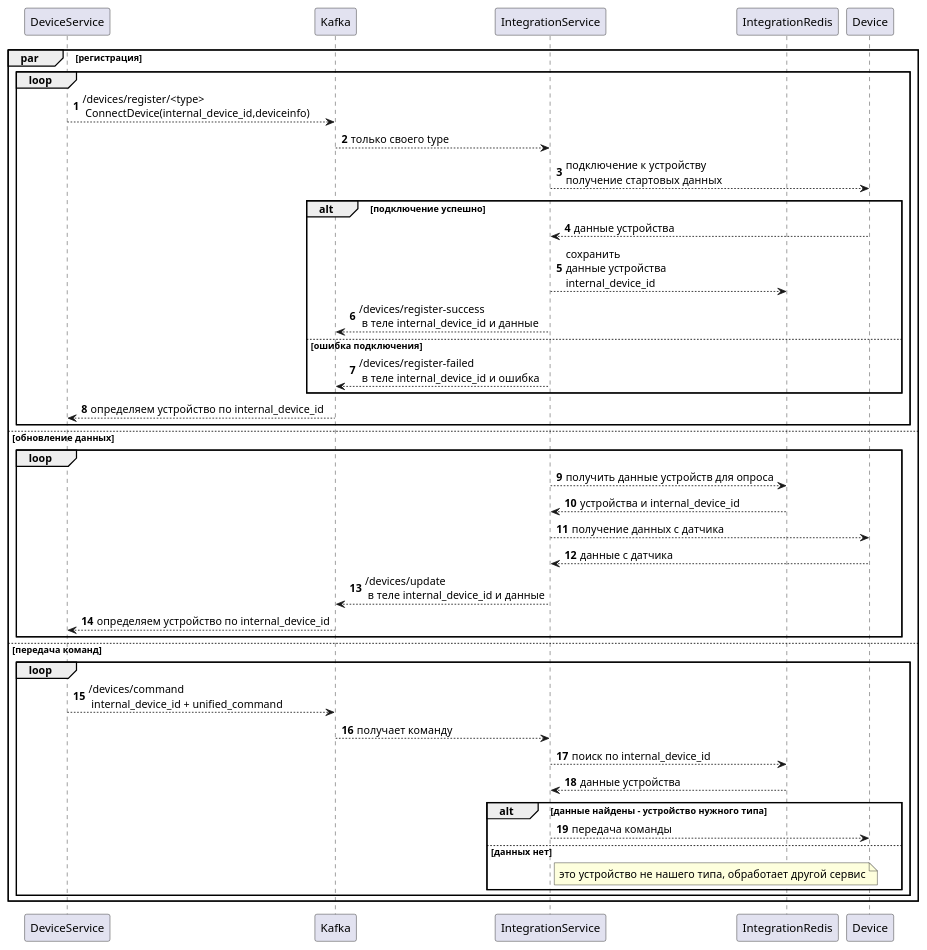
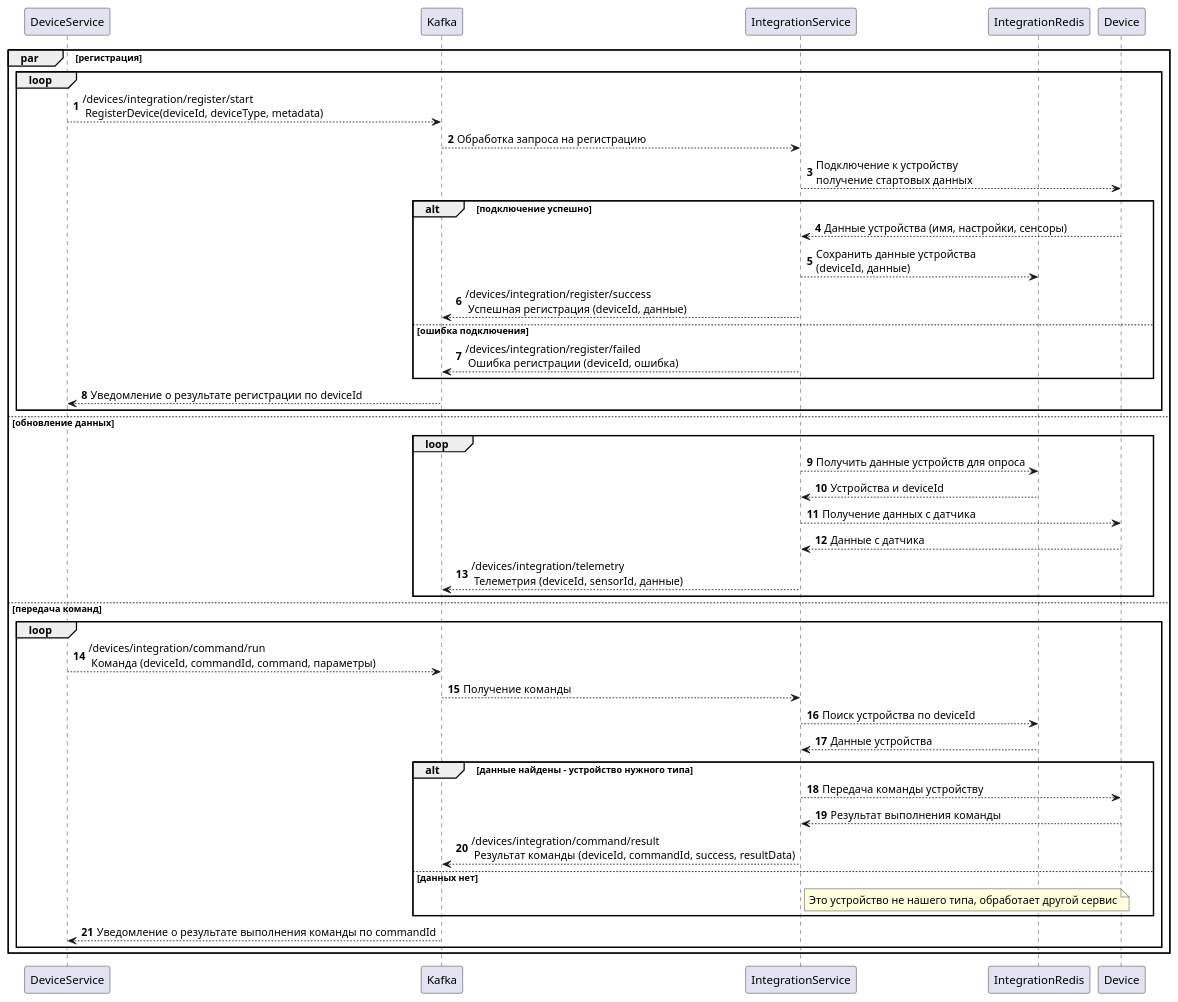
One commit to Alex009/architecture-sprint-3 changed the diagram in docs/2-integration-sequence.puml. Above: the diagram before and after it, drawn with PlantUML. The commit also changed 2 other files, not shown here.

```diff
--- a/docs/2-integration-sequence.puml
+++ b/docs/2-integration-sequence.puml
@@ -1,49 +1,53 @@
 @startuml
 autonumber
 
 participant DeviceService as DS
 participant Kafka as K
 participant IntegrationService as IS
 participant IntegrationRedis as IR
 participant Device as D
 
 par регистрация
     loop
-    DS --> K: /devices/register/<type> \n ConnectDevice(internal_device_id,deviceinfo)
-    K --> IS: только своего type
-    IS --> D: подключение к устройству\nполучение стартовых данных
+    DS --> K: /devices/integration/register/start \n RegisterDevice(deviceId, deviceType, metadata)
+    K --> IS: Обработка запроса на регистрацию
+    IS --> D: Подключение к устройству\nполучение стартовых данных
     alt подключение успешно
-        D --> IS: данные устройства
-        IS --> IR: сохранить\nданные устройства\ninternal_device_id
-        IS --> K: /devices/register-success \n в теле internal_device_id и данные
+        D --> IS: Данные устройства (имя, настройки, сенсоры)
+        IS --> IR: Сохранить данные устройства\n(deviceId, данные)
+        IS --> K: /devices/integration/register/success \n Успешная регистрация (deviceId, данные)
     else ошибка подключения
-        IS --> K: /devices/register-failed \n в теле internal_device_id и ошибка
+        IS --> K: /devices/integration/register/failed \n Ошибка регистрации (deviceId, ошибка)
     end
-        K --> DS: определяем устройство по internal_device_id
+        K --> DS: Уведомление о результате регистрации по deviceId
     end
 
 else обновление данных
 
     loop
-    IS --> IR: получить данные устройств для опроса
-    IR --> IS: устройства и internal_device_id
-    IS --> D: получение данных с датчика
-    D --> IS: данные с датчика
-    IS --> K: /devices/update \n в теле internal_device_id и данные
-    K --> DS: определяем устройство по internal_device_id
+    IS --> IR: Получить данные устройств для опроса
+    IR --> IS: Устройства и deviceId
+    IS --> D: Получение данных с датчика
+    D --> IS: Данные с датчика
+    IS --> K: /devices/integration/telemetry \n Телеметрия (deviceId, sensorId, данные)
     end
+
 else передача команд
     loop
-    DS --> K: /devices/command \n internal_device_id + unified_command
-    K --> IS: получает команду
-    IS --> IR: поиск по internal_device_id
-    IR --> IS: данные устройства
+    DS --> K: /devices/integration/command/run \n Команда (deviceId, commandId, command, параметры)
+    K --> IS: Получение команды
+    IS --> IR: Поиск устройства по deviceId
+    IR --> IS: Данные устройства
     alt данные найдены - устройство нужного типа
-    IS --> D: передача команды
+        IS --> D: Передача команды устройству
+        D --> IS: Результат выполнения команды
+        IS --> K: /devices/integration/command/result \n Результат команды (deviceId, commandId, success, resultData)
     else данных нет
-        note right of IS: это устройство не нашего типа, обработает другой сервис
+        note right of IS: Это устройство не нашего типа, обработает другой сервис
     end
+    K --> DS: Уведомление о результате выполнения команды по commandId
     end
+
 end
 
 @enduml
```
